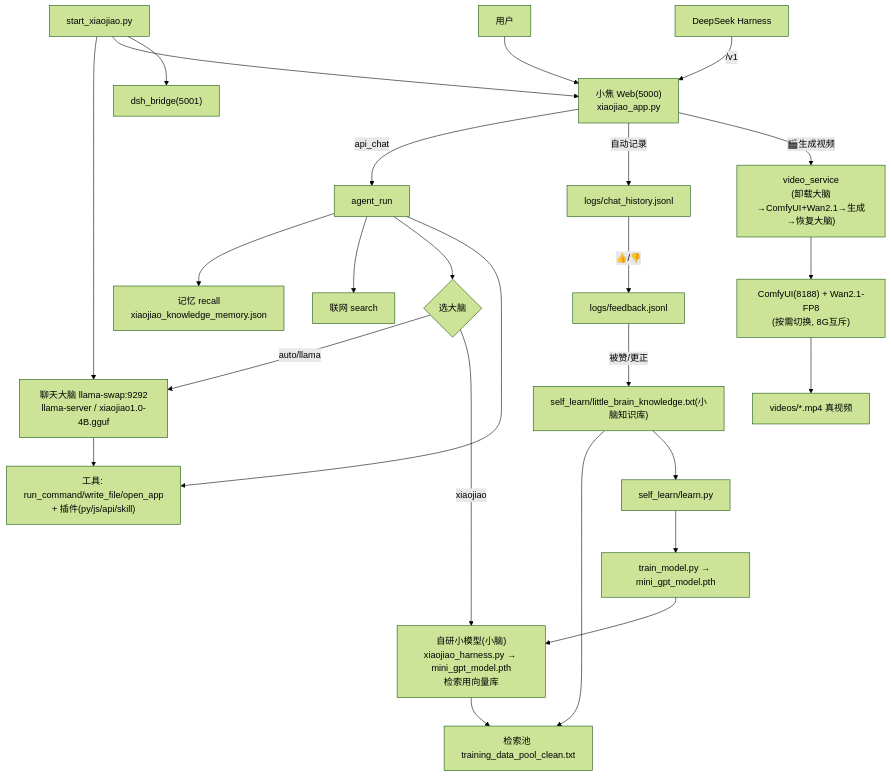
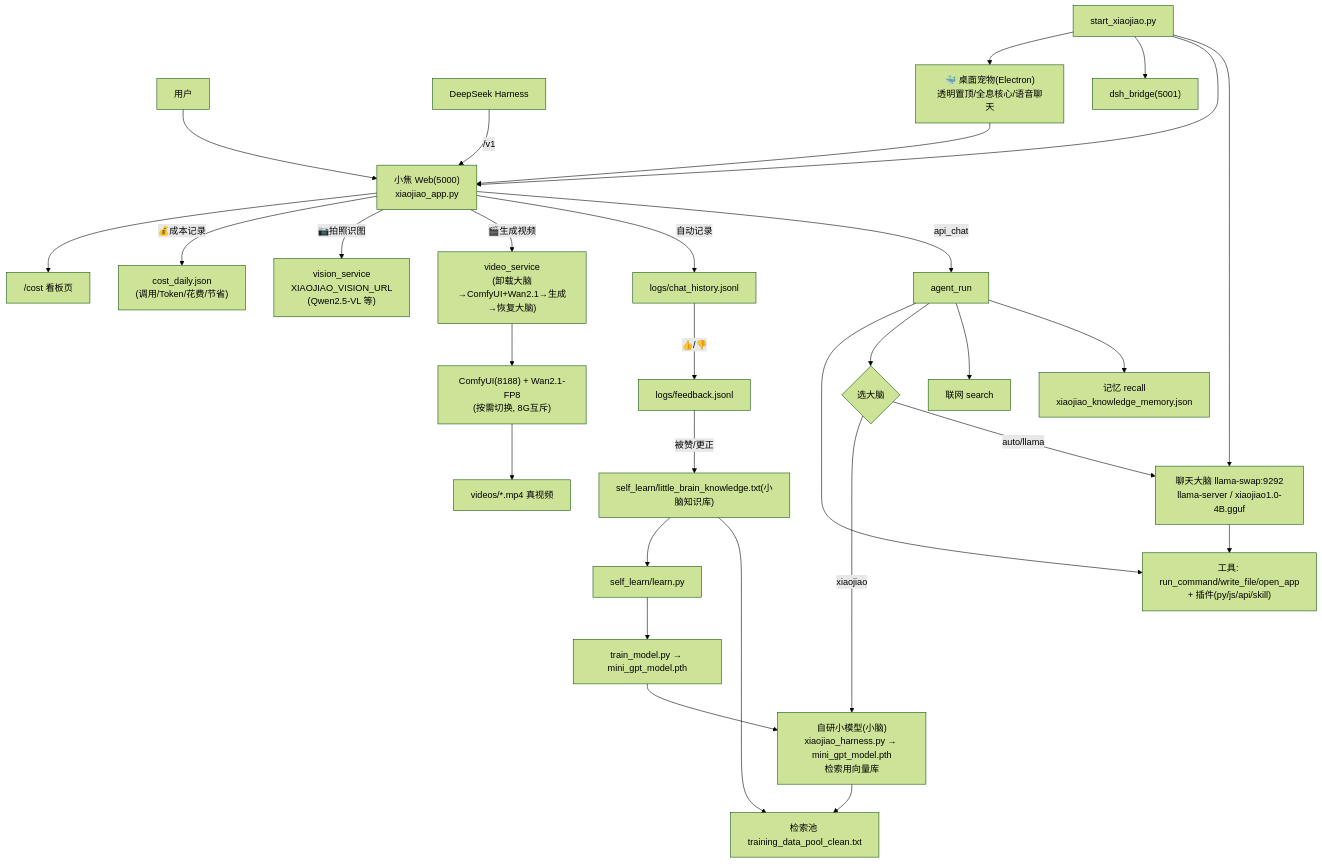
The fifth of 7 diagrams in README.md (jiangchuangege/xiaojiao-harness), drawn with Mermaid (forest theme) before and after one commit. The commit also changed other lines of this file and 31 other files, not shown here.

````diff
--- a/README.md
+++ b/README.md
@@ -486,27 +501,32 @@
 ```mermaid
 flowchart TD
     U["用户"] --> W["小焦 Web(5000)<br/>xiaojiao_app.py"]
     DSH["DeepSeek Harness"] -->|/v1| W
     W -->|api_chat| A["agent_run"]
     A --> M["记忆 recall<br/>xiaojiao_knowledge_memory.json"]
     A --> S["联网 search"]
     A --> C{"选大脑"}
     C -->|auto/llama| BIG["聊天大脑 llama-swap:9292<br/>llama-server / xiaojiao1.0-4B.gguf"]
     C -->|xiaojiao| SMALL["自研小模型(小脑)<br/>xiaojiao_harness.py → mini_gpt_model.pth<br/>检索用向量库"]
     BIG --> TOOLS["工具: run_command/write_file/open_app<br/>+ 插件(py/js/api/skill)"]
     A --> TOOLS
     SMALL --> RET["检索池 training_data_pool_clean.txt"]
     W -->|自动记录| LOG["logs/chat_history.jsonl"]
     LOG -->|👍/👎| FB["logs/feedback.jsonl"]
     FB -->|被赞/更正| KNOW["self_learn/little_brain_knowledge.txt(小脑知识库)"]
     KNOW --> RET
     KNOW --> T2["self_learn/learn.py"]
     T2 --> TRAIN["train_model.py → mini_gpt_model.pth"]
     TRAIN --> SMALL
     ST["start_xiaojiao.py"] --> BIG
     ST --> W
     ST --> BR["dsh_bridge(5001)"]
+    ST --> PET["🐳 桌面宠物(Electron)<br/>透明置顶/全息核心/语音聊天"]
     W -->|🎬生成视频| VID["video_service<br/>(卸载大脑→ComfyUI+Wan2.1→生成→恢复大脑)"]
     VID --> COMFY["ComfyUI(8188) + Wan2.1-FP8<br/>(按需切换, 8G互斥)"]
     COMFY --> OUTV["videos/*.mp4 真视频"]
+    W -->|📷拍照识图| VIS["vision_service<br/>XIAOJIAO_VISION_URL<br/>(Qwen2.5-VL 等)"]
+    PET --> W
+    W -->|💰成本记录| COST["cost_daily.json<br/>(调用/Token/花费/节省)"]
+    W --> COST_PAGE["/cost 看板页"]
 ```
````
